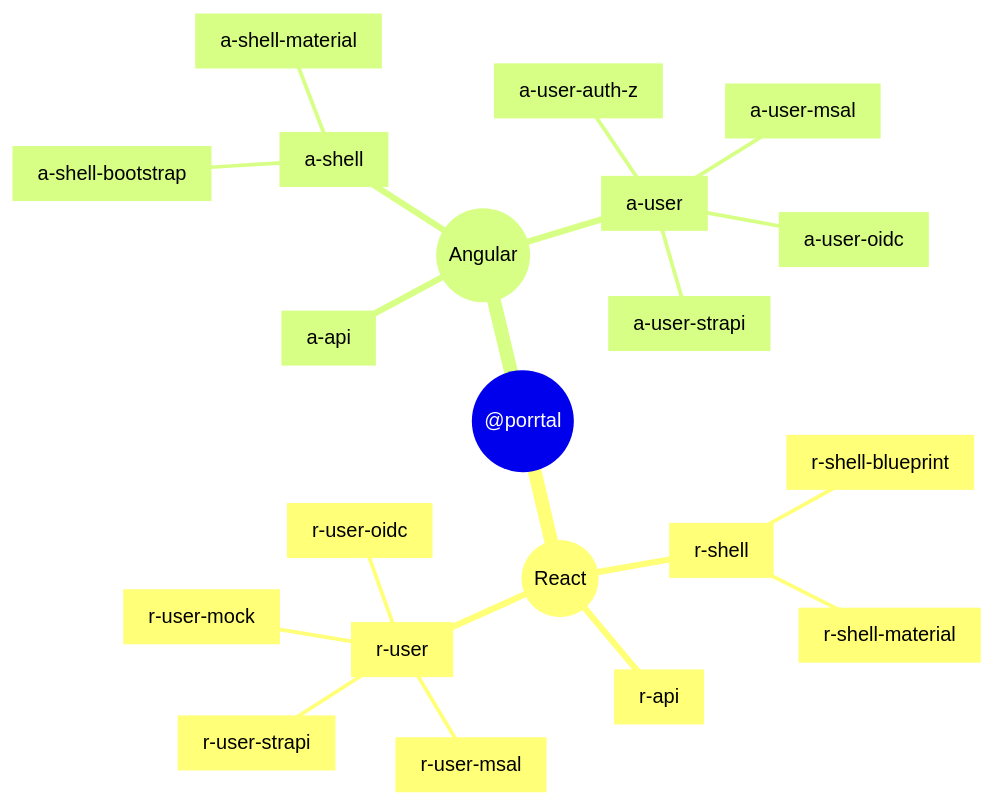
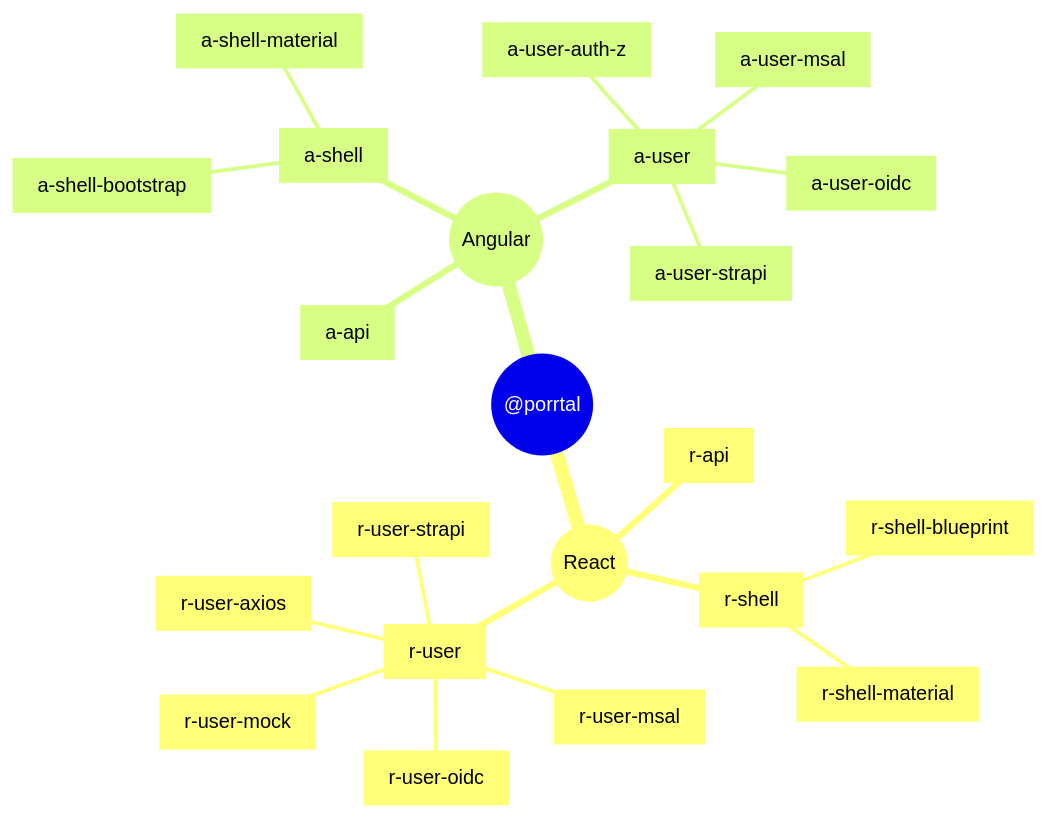
Before and after one commit to Comcast/Porrtal: the first of 4 diagrams in libs/porrtal/README.md, drawn with Mermaid. The commit also changed other lines of this file and 3 other files, not shown here.

````diff
--- a/libs/porrtal/README.md
+++ b/libs/porrtal/README.md
@@ -13,24 +13,25 @@
 ```mermaid
 mindmap
   root((@porrtal))
     React((React))
       r_api["r-api"]
       r_shell["r-shell"]
         r_shell_blueprint["r-shell-blueprint"]
         r_shell_material["r-shell-material"]
       r_user["r-user"]
         r_user_mock["r-user-mock"]
         r_user_msal["r-user-msal"]
         r_user_oidc["r-user-oidc"]
         r_user_strapi["r-user-strapi"]
+        r_user_axios["r-user-axios"]
     Angular((Angular))
       a_api["a-api"]
       a_shell["a-shell"]
         a_shell_bootstrap["a-shell-bootstrap"]
         a_shell_material["a-shell-material"]
       a_user["a-user"]
         a_user_auth_z["a-user-auth-z"]
         a_user_msal["a-user-msal"]
         a_user_oidc["a-user-oidc"]
         a_user_strapi["a-user-strapi"]
 ```
````
